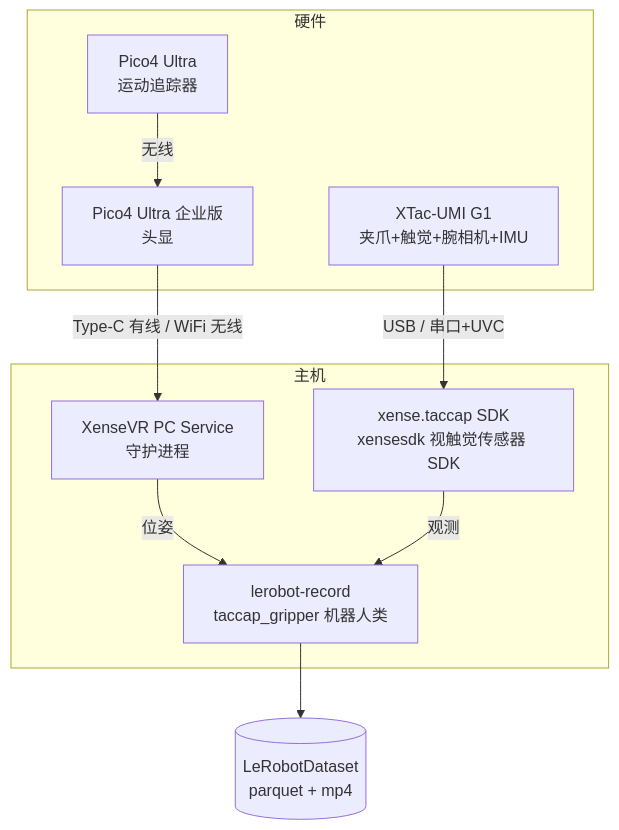
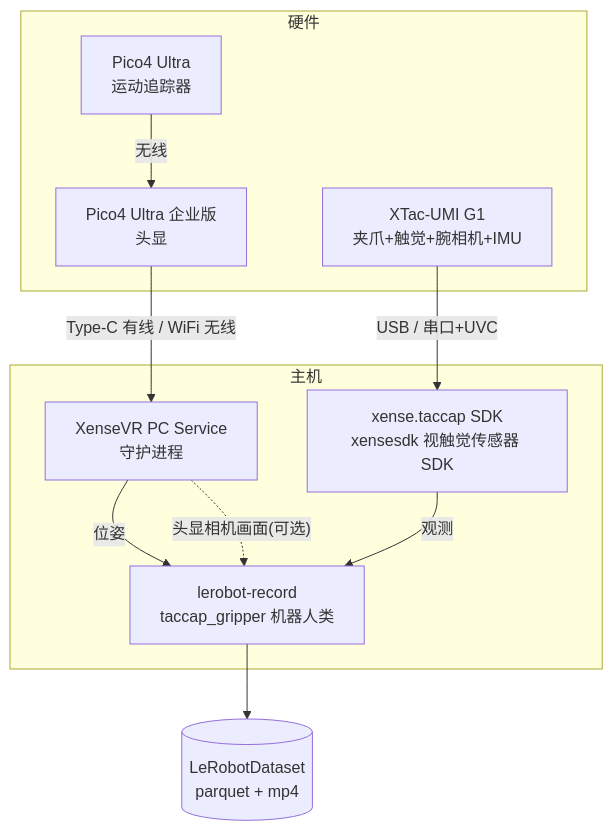
The first of 2 diagrams in docs/01-overview.md (Vertax42/taccap-gripper-docs), drawn with Mermaid before and after one commit. The commit also changed other lines of this file and 14 other files, not shown here.

````diff
--- a/docs/01-overview.md
+++ b/docs/01-overview.md
@@ -31,19 +31,20 @@
 ```mermaid
 flowchart TB
     subgraph 硬件
       G[XTac-UMI G1<br/>夹爪+触觉+腕相机+IMU]
       T[Pico4 Ultra<br/>运动追踪器]
       H[Pico4 Ultra 企业版<br/>头显]
     end
     subgraph 主机
       PS[XenseVR PC Service<br/>守护进程]
       SDK[xense.taccap SDK<br/>xensesdk 视触觉传感器 SDK]
       LR[lerobot-record<br/>taccap_gripper 机器人类]
     end
     G -- USB / 串口+UVC --> SDK
     T -- 无线 --> H
     H -- Type-C 有线 / WiFi 无线 --> PS
     PS -- 位姿 --> LR
+    PS -. 头显相机画面(可选) .-> LR
     SDK -- 观测 --> LR
     LR --> DS[(LeRobotDataset<br/>parquet + mp4)]
 ```
````
